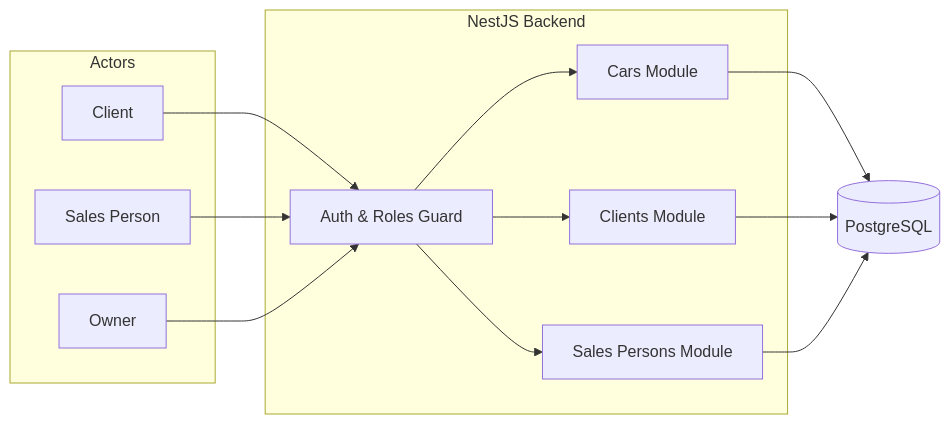
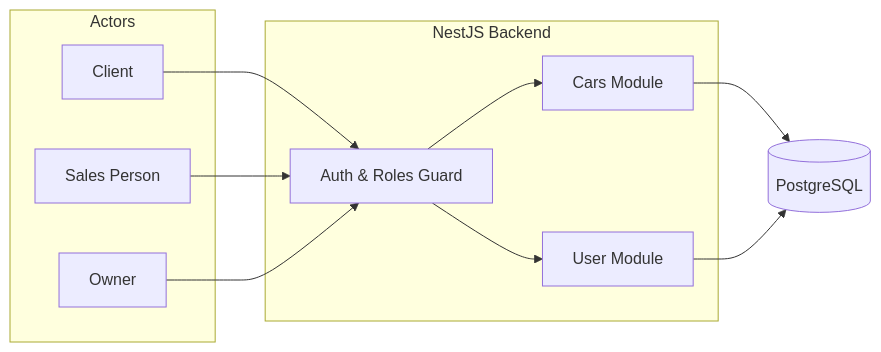
One commit to kamol-ayyub/car_sales_system changed the first of 3 diagrams in architecture.md. Above: the diagram before and after it, drawn with Mermaid. The commit also changed other lines of this file and 21 other files, not shown here.

````diff
--- a/architecture.md
+++ b/architecture.md
@@ -17,29 +17,26 @@
 ```mermaid
 flowchart LR
     subgraph Actors
         C[Client]
         SP[Sales Person]
         O[Owner]
     end
 
     subgraph API [NestJS Backend]
         AUTH[Auth & Roles Guard]
         CAR[Cars Module]
-        CLI[Clients Module]
-        SP2[Sales Persons Module]
+        USER[User Module]
     end
 
     DB[(PostgreSQL)]
 
     C --> AUTH
     SP --> AUTH
     O --> AUTH
 
     AUTH --> CAR
-    AUTH --> CLI
-    AUTH --> SP2
+    AUTH --> USER
 
     CAR --> DB
-    CLI --> DB
-    SP2 --> DB
+    USER --> DB
 ```
````
